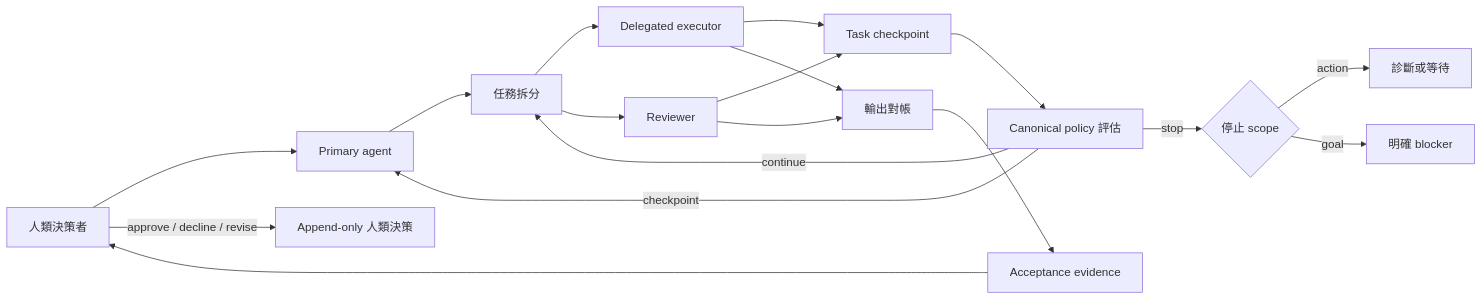
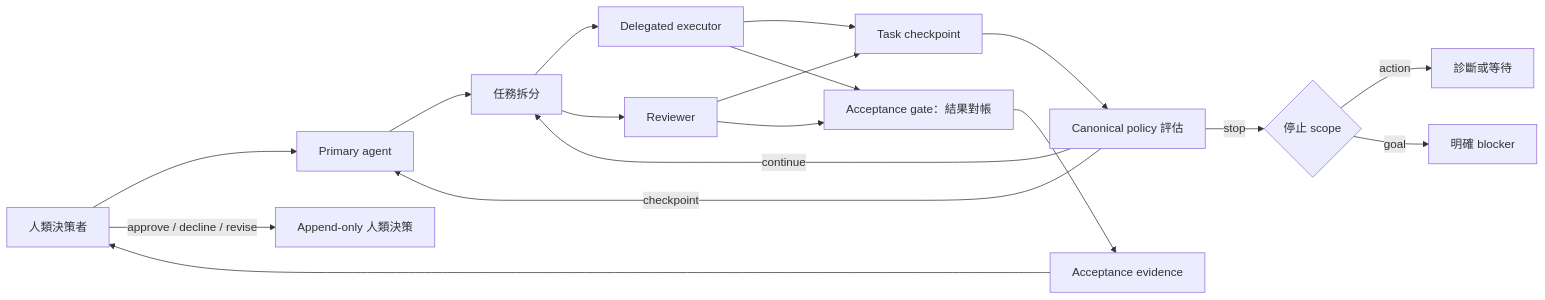
Before and after one commit to WenyuChiou/agent-collab-skills: the diagram in README.zh-TW.md, drawn with Mermaid. The commit also changed other lines of this file and 45 other files, not shown here.

````diff
--- a/README.zh-TW.md
+++ b/README.zh-TW.md
@@ -16,20 +16,20 @@
 ```mermaid
 flowchart LR
     H[人類決策者] --> P[Primary agent]
     P --> S[任務拆分]
     S --> E[Delegated executor]
     S --> R[Reviewer]
     E --> C[Task checkpoint]
     R --> C
     C --> Y[Canonical policy 評估]
     Y -->|continue| S
     Y -->|checkpoint| P
     Y -->|stop| Q{停止 scope}
     Q -->|action| X[診斷或等待]
     Q -->|goal| B[明確 blocker]
-    E --> O[輸出對帳]
+    E --> O[Acceptance gate：結果對帳]
     R --> O
     O --> A[Acceptance evidence]
     A --> H
     H -->|approve / decline / revise| D[Append-only 人類決策]
 ```
````
